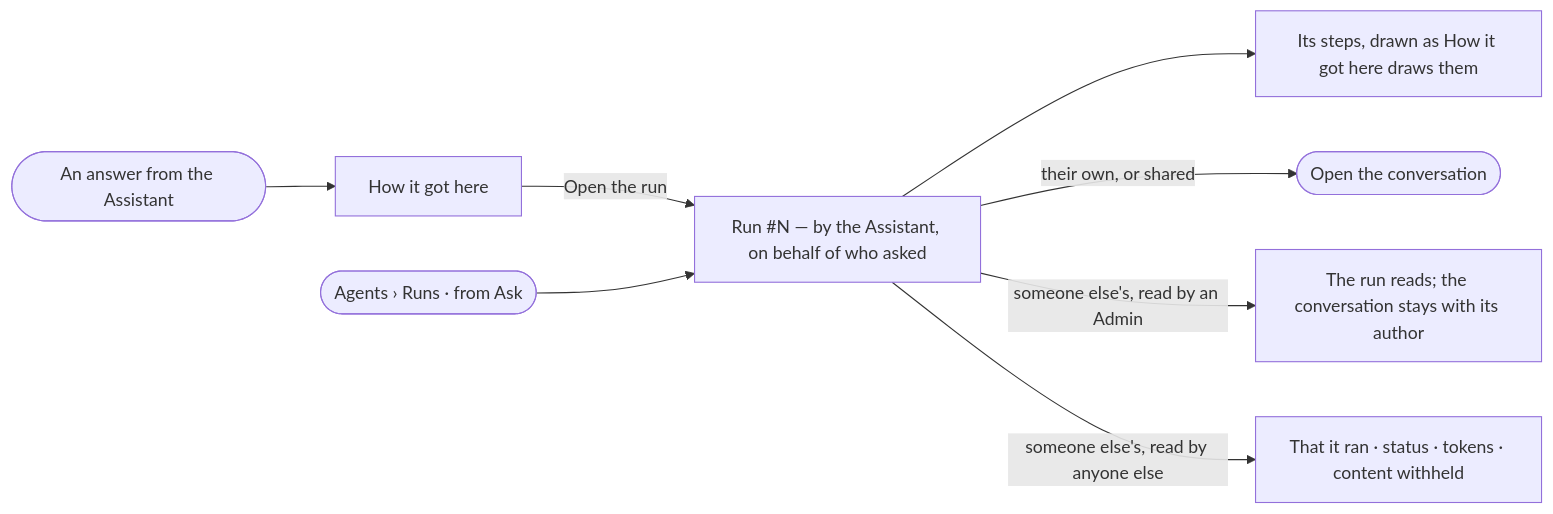
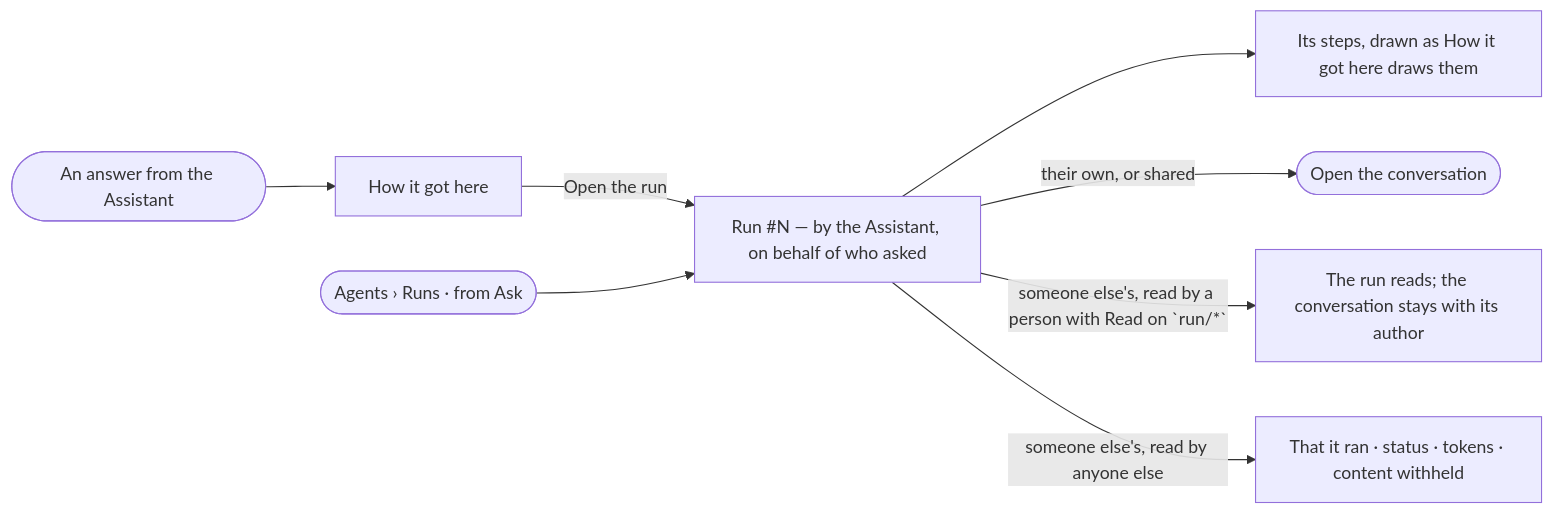
One commit to invana/invana changed the diagram in specs/os/control/features/CP-F10-runs-and-how-the-agents-are-doing/stories/CP-52-read-an-answers-run-like-any-run/story.md. Above: the diagram before and after it, drawn with Mermaid. The commit also changed other lines of this file and 228 other files, not shown here.

````diff
--- a/specs/os/control/features/CP-F10-runs-and-how-the-agents-are-doing/stories/CP-52-read-an-answers-run-like-any-run/story.md
+++ b/specs/os/control/features/CP-F10-runs-and-how-the-agents-are-doing/stories/CP-52-read-an-answers-run-like-any-run/story.md
@@ -26,10 +26,10 @@
 ```mermaid
 flowchart LR
   e([An answer from the Assistant]) --> h["How it got here"]
   h -->|Open the run| r["Run #N — by the Assistant, on behalf of who asked"]
   l([Agents › Runs · from Ask]) --> r
   r --> s["Its steps, drawn as How it got here draws them"]
   r -->|their own, or shared| c(["Open the conversation"])
-  r -->|someone else's, read by an Admin| x["The run reads; the conversation stays with its author"]
+  r -->|someone else's, read by a person with Read on `run/*`| x["The run reads; the conversation stays with its author"]
   r -->|someone else's, read by anyone else| w["That it ran · status · tokens · content withheld"]
 ```
````
